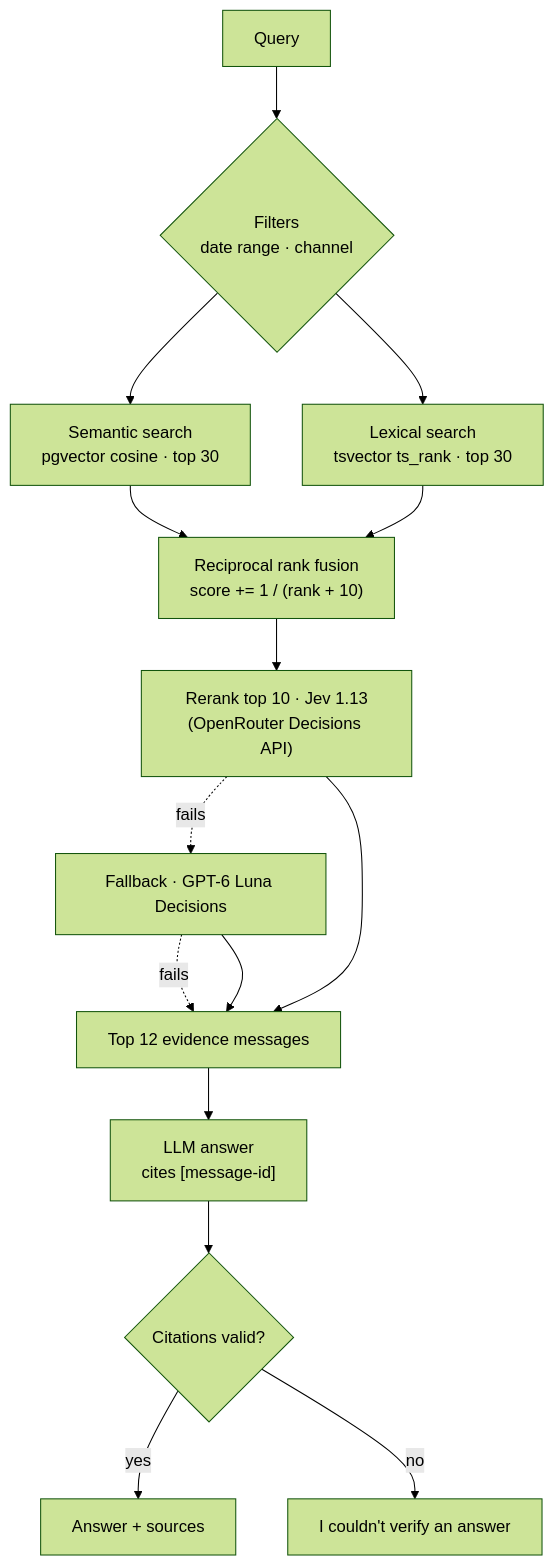
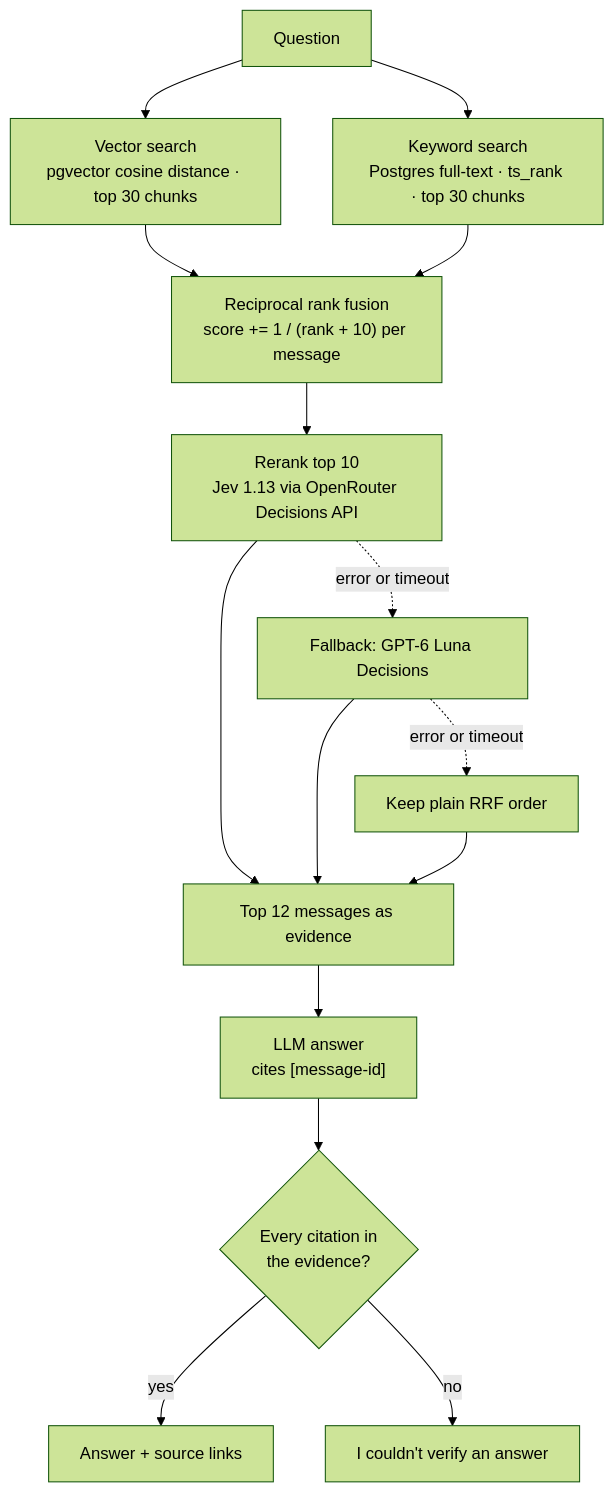
One commit to AbhayKale332/RecallHQ changed the second of 2 diagrams in README.md. Above: the diagram before and after it, drawn with Mermaid (forest theme). The commit also changed other lines of this file and 15 other files, not shown here.

````diff
--- a/README.md
+++ b/README.md
@@ -71,17 +102,17 @@
 ```mermaid
 flowchart TD
-    Q[Query] --> F{"Filters<br/>date range · channel"}
-    F --> S["Semantic search<br/>pgvector cosine · top 30"]
-    F --> L["Lexical search<br/>tsvector ts_rank · top 30"]
-    S --> R["Reciprocal rank fusion<br/>score += 1 / (rank + 10)"]
+    Q[Question] --> S["Vector search<br/>pgvector cosine distance · top 30 chunks"]
+    Q --> L["Keyword search<br/>Postgres full-text · ts_rank · top 30 chunks"]
+    S --> R["Reciprocal rank fusion<br/>score += 1 / (rank + 10) per message"]
     L --> R
-    R --> RR["Rerank top 10 · Jev 1.13<br/>(OpenRouter Decisions API)"]
-    RR -.->|fails| RL["Fallback · GPT-6 Luna Decisions"]
-    RL -.->|fails| E
-    RR --> E[Top 12 evidence messages]
+    R --> RR["Rerank top 10<br/>Jev 1.13 via OpenRouter Decisions API"]
+    RR -.->|"error or timeout"| RL["Fallback: GPT-6 Luna Decisions"]
+    RL -.->|"error or timeout"| KEEP["Keep plain RRF order"]
+    RR --> E["Top 12 messages as evidence"]
     RL --> E
+    KEEP --> E
     E --> G["LLM answer<br/>cites [message-id]"]
-    G --> V{Citations valid?}
-    V -->|yes| A[Answer + sources]
+    G --> V{"Every citation in<br/>the evidence?"}
+    V -->|yes| A["Answer + source links"]
     V -->|no| N["I couldn't verify an answer"]
 ```
````
